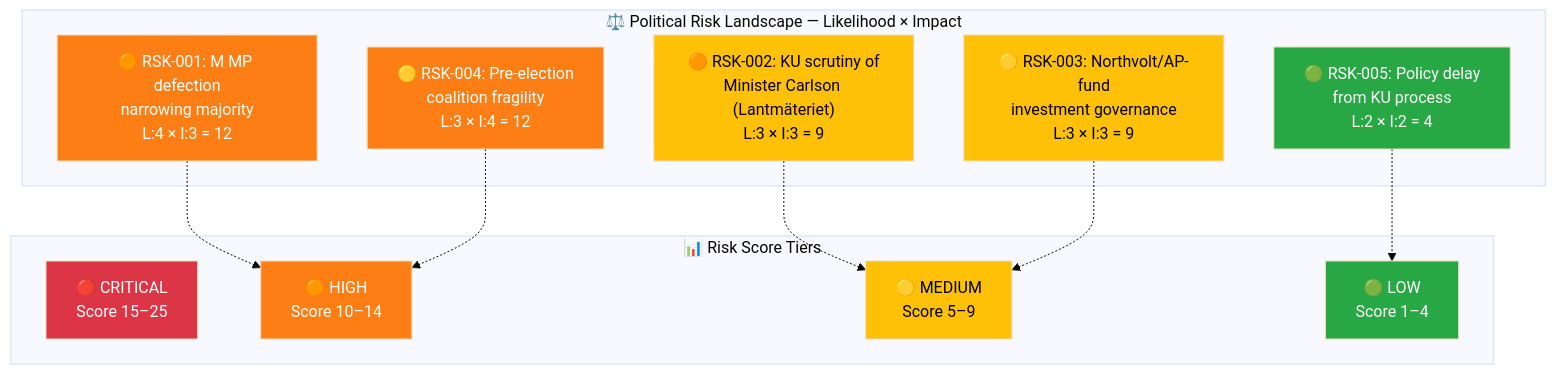
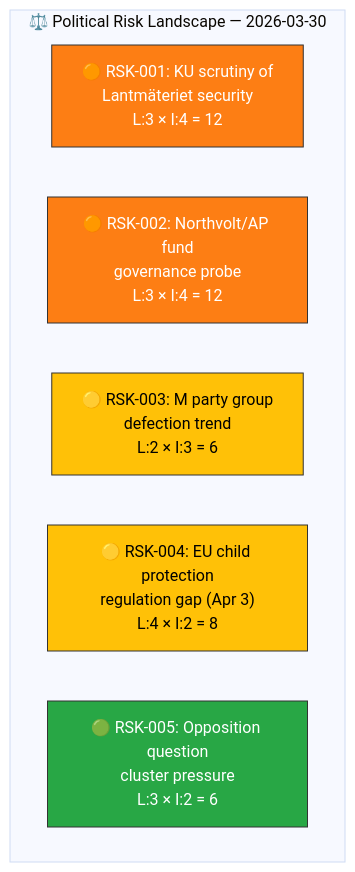
Before and after one commit to Hack23/riksdagsmonitor: the diagram in analysis/daily/2026-03-30/risk-assessment.md, drawn with Mermaid (base theme). The commit also changed other lines of this file and 29 other files, not shown here.

First line of the commit message:
🔴 Breaking: KU Hearings on Northvolt/Lantmäteriet + M Party Defection - 2026-03-30

````diff
--- a/analysis/daily/2026-03-30/risk-assessment.md
+++ b/analysis/daily/2026-03-30/risk-assessment.md
@@ -21,33 +26,16 @@
 ```mermaid
 graph TD
-    subgraph "⚖️ Political Risk Landscape — Likelihood × Impact"
-        R1["🟠 RSK-001: M MP defection<br/>narrowing majority<br/>L:4 × I:3 = 12"]
-        R2["🟠 RSK-002: KU scrutiny of<br/>Minister Carlson (Lantmäteriet)<br/>L:3 × I:3 = 9"]
-        R3["🟡 RSK-003: Northvolt/AP-fund<br/>investment governance<br/>L:3 × I:3 = 9"]
-        R4["🟡 RSK-004: Pre-election<br/>coalition fragility<br/>L:3 × I:4 = 12"]
-        R5["🟢 RSK-005: Policy delay<br/>from KU process<br/>L:2 × I:2 = 4"]
+    subgraph "⚖️ Political Risk Landscape — 2026-03-30"
+        R1["🟠 RSK-001: KU scrutiny of<br/>Lantmäteriet security<br/>L:3 × I:4 = 12"]
+        R2["🟠 RSK-002: Northvolt/AP fund<br/>governance probe<br/>L:3 × I:4 = 12"]
+        R3["🟡 RSK-003: M party group<br/>defection trend<br/>L:2 × I:3 = 6"]
+        R4["🟡 RSK-004: EU child protection<br/>regulation gap (Apr 3)<br/>L:4 × I:2 = 8"]
+        R5["🟢 RSK-005: Opposition question<br/>cluster pressure<br/>L:3 × I:2 = 6"]
     end
 
-    subgraph "📊 Risk Score Tiers"
-        TC["🔴 CRITICAL<br/>Score 15–25"]
-        TH["🟠 HIGH<br/>Score 10–14"]
-        TM["🟡 MEDIUM<br/>Score 5–9"]
-        TL["🟢 LOW<br/>Score 1–4"]
-    end
-
-    R1 -.-> TH
-    R2 -.-> TM
-    R3 -.-> TM
-    R4 -.-> TH
-    R5 -.-> TL
-
-    style R1 fill:#fd7e14,color:#fff
-    style R2 fill:#ffc107,color:#000
-    style R3 fill:#ffc107,color:#000
-    style R4 fill:#fd7e14,color:#fff
-    style R5 fill:#28a745,color:#fff
-    style TC fill:#dc3545,color:#fff
-    style TH fill:#fd7e14,color:#fff
-    style TM fill:#ffc107,color:#000
-    style TL fill:#28a745,color:#fff
+    style R1 fill:#fd7e14,stroke:#333,color:#fff
+    style R2 fill:#fd7e14,stroke:#333,color:#fff
+    style R3 fill:#ffc107,stroke:#333,color:#000
+    style R4 fill:#ffc107,stroke:#333,color:#000
+    style R5 fill:#28a745,stroke:#333,color:#fff
 ```
````
